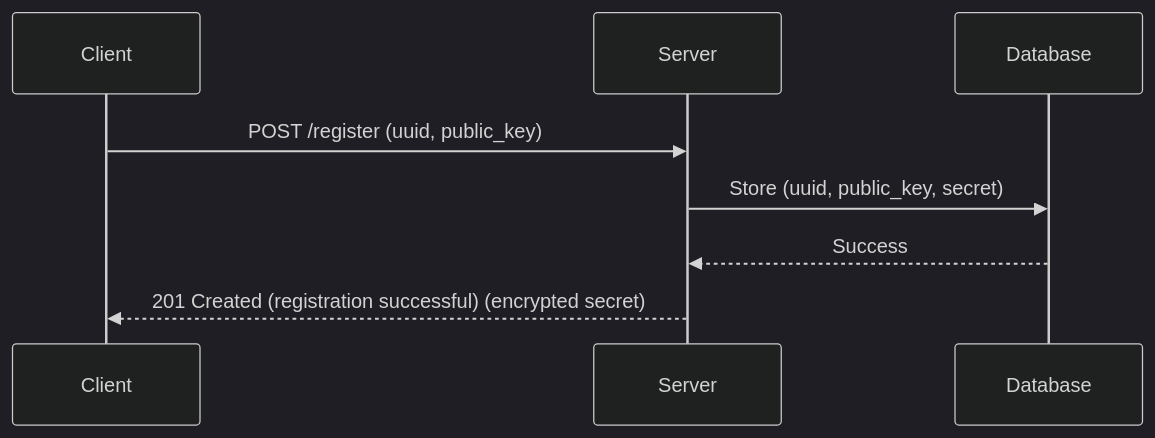
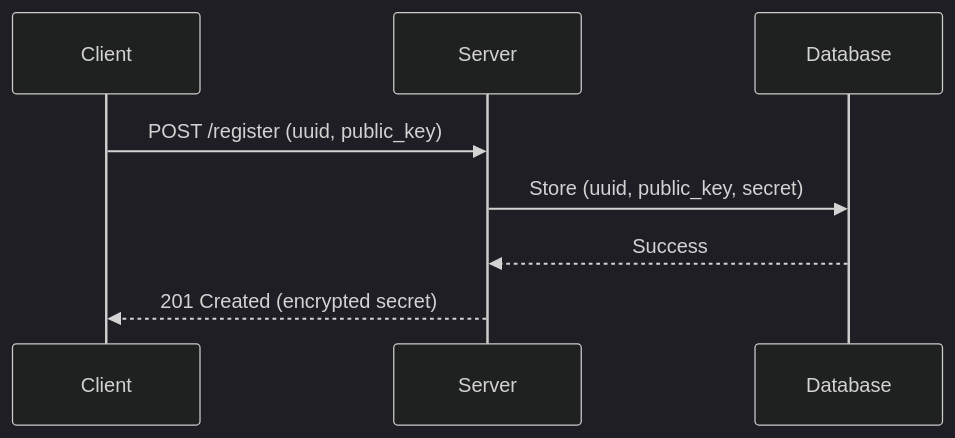
The first of 4 diagrams in README.md (philippepascal/ict_server), drawn with Mermaid (dark theme) before and after one commit. The commit also changed other lines of this file, not shown here.

````diff
--- a/README.md
+++ b/README.md
@@ -41,11 +41,11 @@
 ```mermaid
 sequenceDiagram
     participant Client
     participant Server
     participant DB as Database
 
     Client->>Server: POST /register (uuid, public_key)
     Server->>DB: Store (uuid, public_key, secret)
     DB-->>Server: Success
-    Server-->>Client: 201 Created (registration successful) (encrypted secret)
+    Server-->>Client: 201 Created (encrypted secret)
 ```
````
